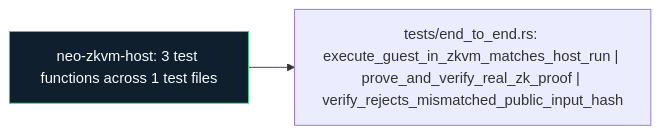
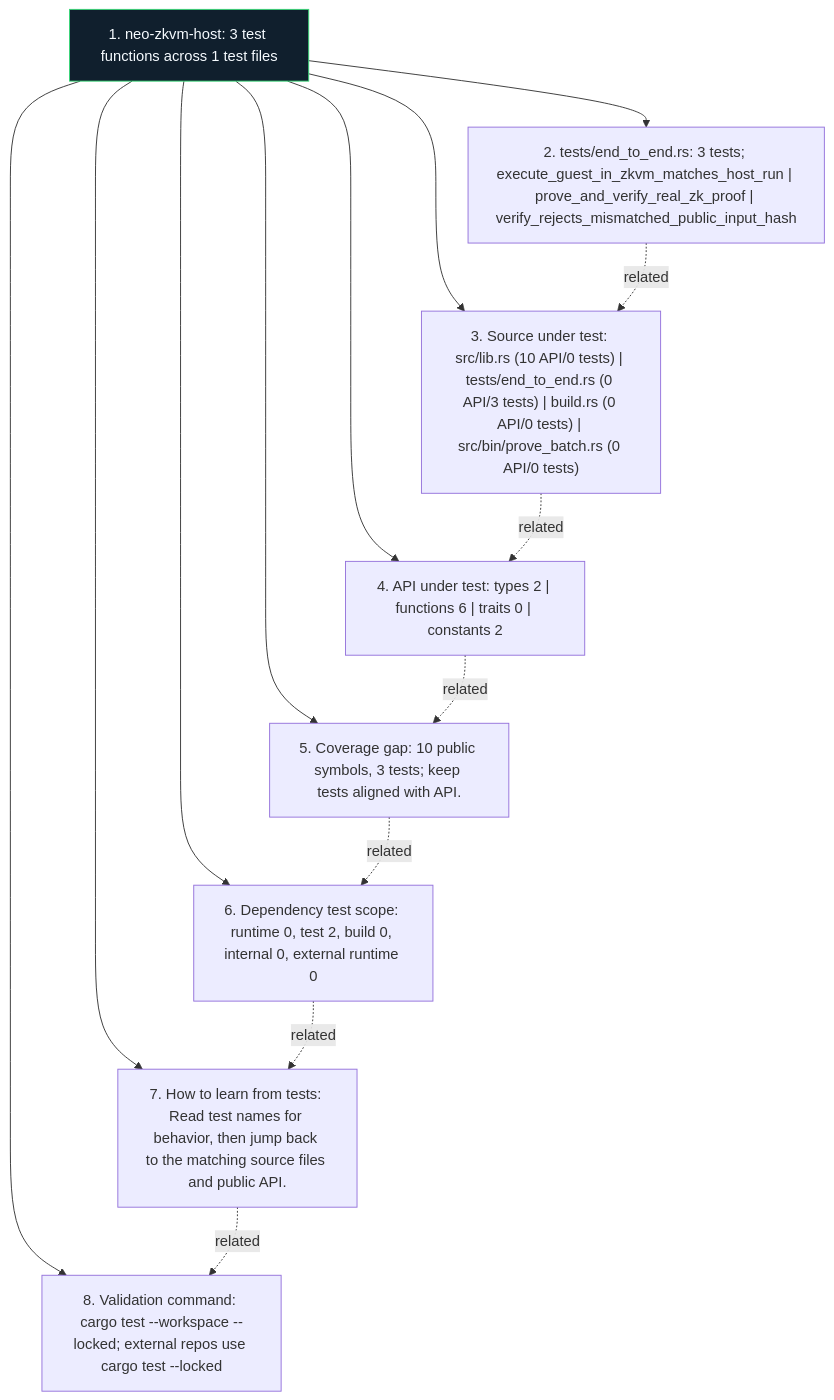
Before and after one commit to r3e-network/neo-n4: the diagram in bridge/neo-zkvm-host/docs/figures/test-map.mmd, drawn with Mermaid. The commit also changed 355 other files, not shown here.

Commit message:
Deepen crate diagrams with source-aware atlas

```diff
--- a/bridge/neo-zkvm-host/docs/figures/test-map.mmd
+++ b/bridge/neo-zkvm-host/docs/figures/test-map.mmd
@@ -1,6 +1,24 @@
-flowchart LR
-    N1["neo-zkvm-host: 3 test functions across 1 test files"]
-    N2["tests/end_to_end.rs: execute_guest_in_zkvm_matches_host_run | prove_and_verify_real_zk_proof | verify_rejects_mismatched_public_input_hash"]
+flowchart TB
+    N1["1. neo-zkvm-host: 3 test functions across 1 test files"]
+    N2["2. tests/end_to_end.rs: 3 tests; execute_guest_in_zkvm_matches_host_run | prove_and_verify_real_zk_proof | verify_rejects_mismatched_public_input_hash"]
+    N3["3. Source under test: src/lib.rs (10 API/0 tests) | tests/end_to_end.rs (0 API/3 tests) | build.rs (0 API/0 tests) | src/bin/prove_batch.rs (0 API/0 tests)"]
+    N4["4. API under test: types 2 | functions 6 | traits 0 | constants 2"]
+    N5["5. Coverage gap: 10 public symbols, 3 tests; keep tests aligned with API."]
+    N6["6. Dependency test scope: runtime 0, test 2, build 0, internal 0, external runtime 0"]
+    N7["7. How to learn from tests: Read test names for behavior, then jump back to the matching source files and public API."]
+    N8["8. Validation command: cargo test --workspace --locked; external repos use cargo test --locked"]
     N1 --> N2
+    N1 --> N3
+    N1 --> N4
+    N1 --> N5
+    N1 --> N6
+    N1 --> N7
+    N1 --> N8
+    N2 -. related .-> N3
+    N3 -. related .-> N4
+    N4 -. related .-> N5
+    N5 -. related .-> N6
+    N6 -. related .-> N7
+    N7 -. related .-> N8
     classDef crate fill:#101f2d,stroke:#38d978,color:#f6fbff
     class N1 crate
```
